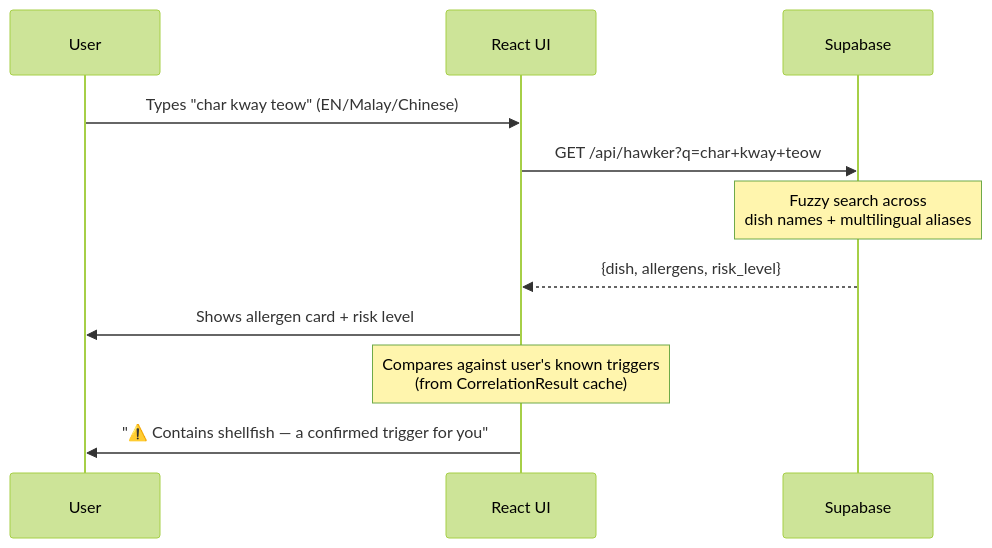
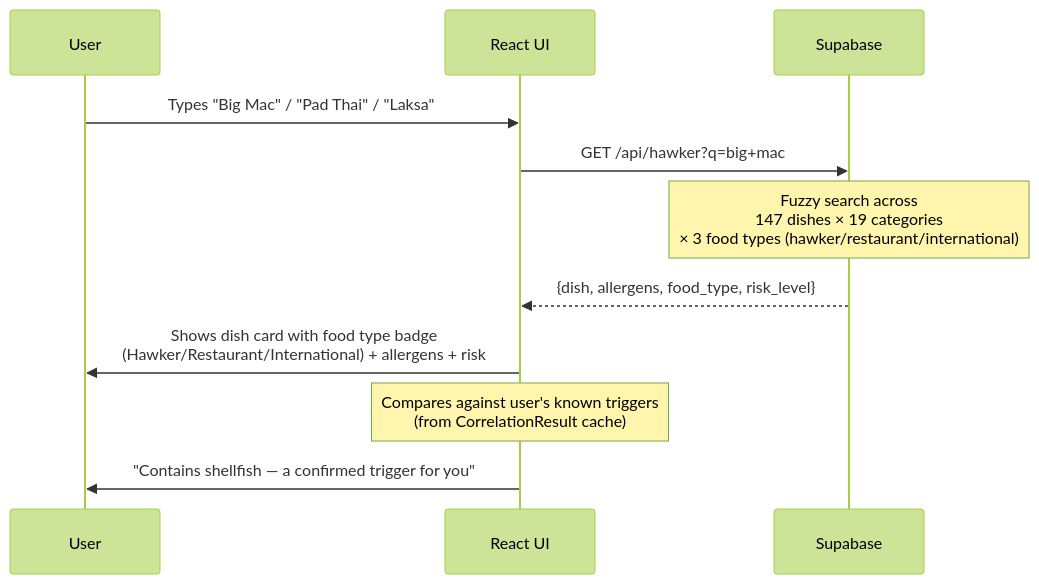
The fourth of 9 diagrams in ClearLah-Architecture-Explainer.md (Bread04/CLEARSKIN), drawn with Mermaid (forest theme) before and after one commit. The commit also changed other lines of this file and 6 other files, not shown here.

````diff
--- a/ClearLah-Architecture-Explainer.md
+++ b/ClearLah-Architecture-Explainer.md
@@ -143,15 +143,15 @@
 ```mermaid
 sequenceDiagram
     participant U as User
     participant UI as React UI
     participant DB as Supabase
 
-    U->>UI: Types "char kway teow" (EN/Malay/Chinese)
-    UI->>DB: GET /api/hawker?q=char+kway+teow
-    Note over DB: Fuzzy search across<br/>dish names + multilingual aliases
-    DB-->>UI: {dish, allergens, risk_level}
+    U->>UI: Types "Big Mac" / "Pad Thai" / "Laksa"
+    UI->>DB: GET /api/hawker?q=big+mac
+    Note over DB: Fuzzy search across<br/>147 dishes × 19 categories<br/>× 3 food types (hawker/restaurant/international)
+    DB-->>UI: {dish, allergens, food_type, risk_level}
 
-    UI->>U: Shows allergen card + risk level
+    UI->>U: Shows dish card with food type badge<br/>(Hawker/Restaurant/International) + allergens + risk
     Note over UI: Compares against user's known triggers<br/>(from CorrelationResult cache)
-    UI->>U: "⚠️ Contains shellfish — a confirmed trigger for you"
+    UI->>U: "Contains shellfish — a confirmed trigger for you"
 ```
````
